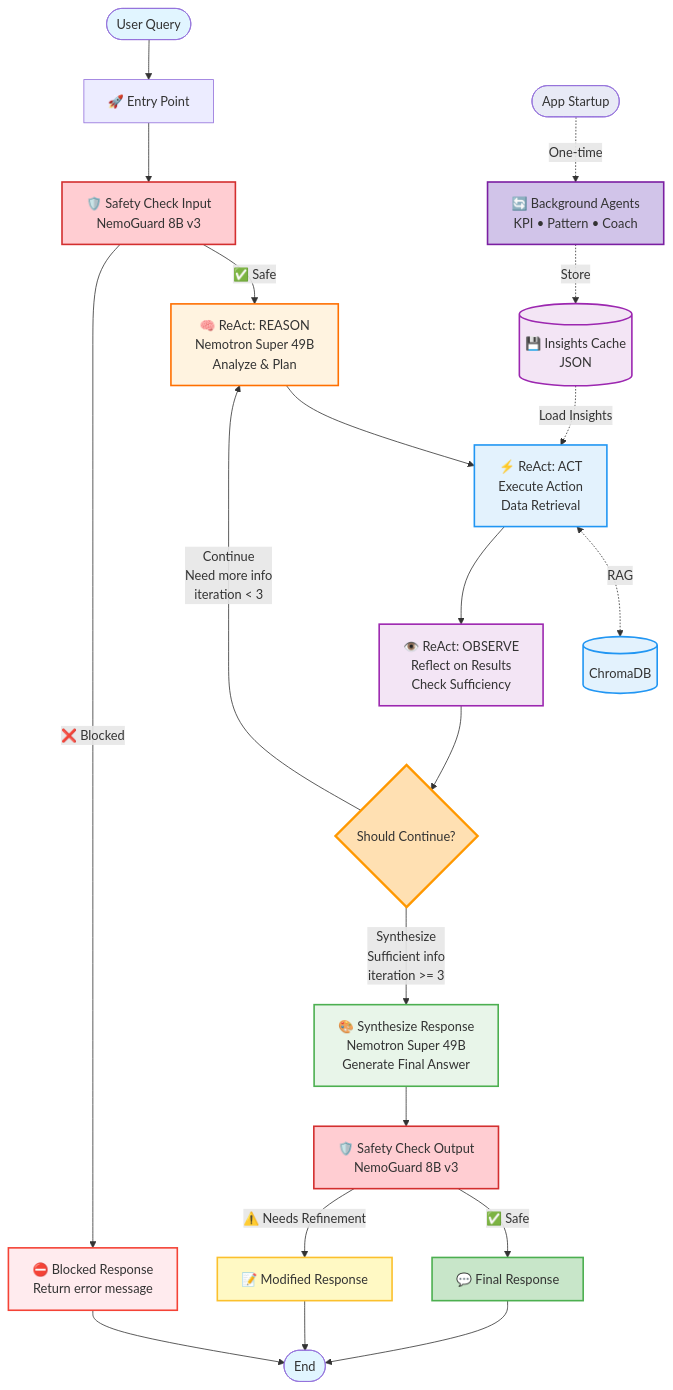
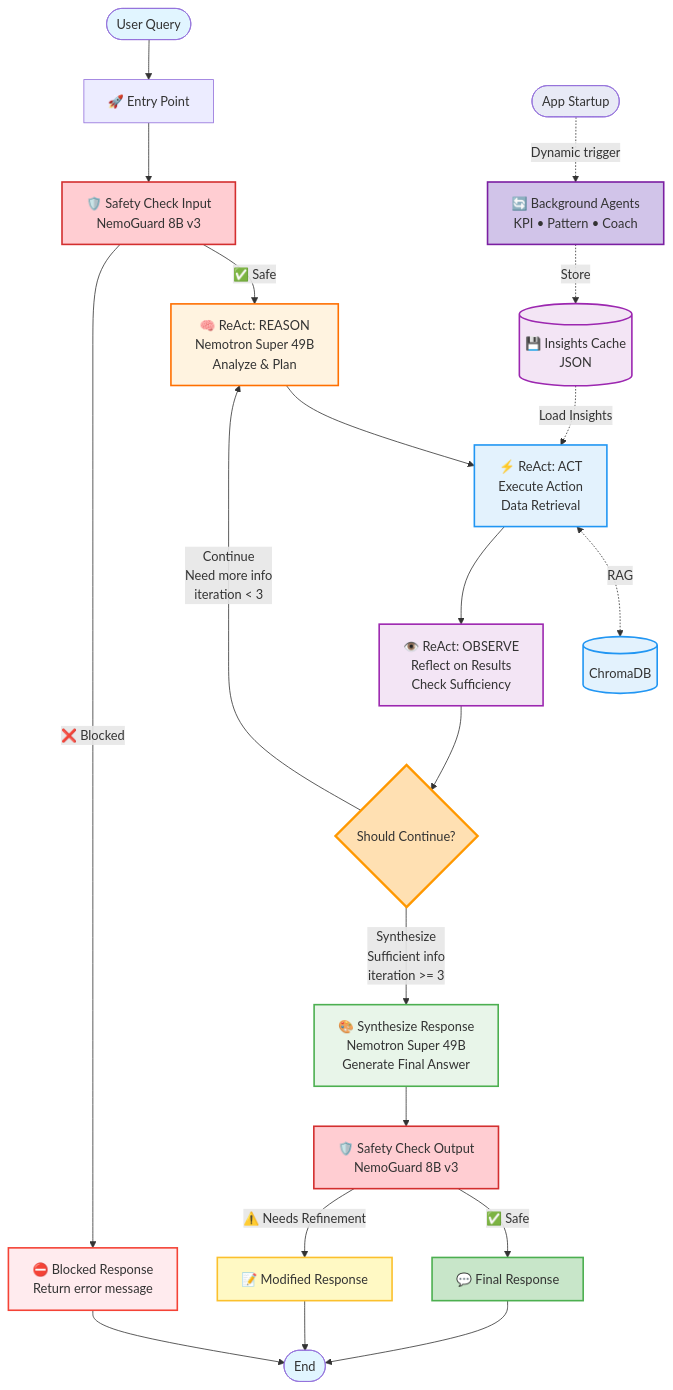
One commit to sumedhkhodke/hackathon-nvidia-gtc-25 changed the diagram in docs/langgraph-agent-diagram.md. Above: the diagram before and after it, drawn with Mermaid.

````diff
--- a/docs/langgraph-agent-diagram.md
+++ b/docs/langgraph-agent-diagram.md
@@ -8,54 +8,54 @@
 ```mermaid
 graph TD
     Start([User Query]) --> Entry[🚀 Entry Point]
     Entry --> SafetyIn[🛡️ Safety Check Input<br/>NemoGuard 8B v3]
     
     %% Background Agents (run at startup)
-    AppStart([App Startup]) -.->|One-time| BgAgents[🔄 Background Agents<br/>KPI • Pattern • Coach]
+    AppStart([App Startup]) -.->|Dynamic trigger| BgAgents[🔄 Background Agents<br/>KPI • Pattern • Coach]
     BgAgents -.->|Store| Cache[(💾 Insights Cache<br/>JSON)]
     
     %% Safety check branches
     SafetyIn -->|✅ Safe| ReActReason
     SafetyIn -->|❌ Blocked| BlockedResponse[⛔ Blocked Response<br/>Return error message]
     BlockedResponse --> End([End])
     
     %% ReAct Loop
     ReActReason[🧠 ReAct: REASON<br/>Nemotron Super 49B<br/>Analyze & Plan] --> ReActAct[⚡ ReAct: ACT<br/>Execute Action<br/>Data Retrieval]
     
     %% ACT node now retrieves both data and cached insights
     ReActAct <-.->|RAG| VectorDB[(ChromaDB)]
     Cache -.->|Load Insights| ReActAct
     
     ReActAct --> ReActObserve[👁️ ReAct: OBSERVE<br/>Reflect on Results<br/>Check Sufficiency]
     
     %% Conditional routing
     ReActObserve --> Decision{Should Continue?}
     Decision -->|Continue<br/>Need more info<br/>iteration < 3| ReActReason
     Decision -->|Synthesize<br/>Sufficient info<br/>iteration >= 3| Synthesize[🎨 Synthesize Response<br/>Nemotron Super 49B<br/>Generate Final Answer]
     
     %% Output safety check
     Synthesize --> SafetyOut[🛡️ Safety Check Output<br/>NemoGuard 8B v3]
     SafetyOut -->|✅ Safe| FinalResponse[💬 Final Response]
     SafetyOut -->|⚠️ Needs Refinement| ModifiedResponse[📝 Modified Response]
     
     FinalResponse --> End
     ModifiedResponse --> End
     
     %% Styling
     style Start fill:#e1f5ff
     style End fill:#e1f5ff
     style AppStart fill:#e8eaf6
     style BgAgents fill:#d1c4e9,stroke:#7b1fa2,stroke-width:2px
     style Cache fill:#f3e5f5,stroke:#9c27b0,stroke-width:2px
     style VectorDB fill:#e3f2fd,stroke:#2196f3,stroke-width:2px
     style SafetyIn fill:#ffcdd2,stroke:#d32f2f,stroke-width:2px
     style SafetyOut fill:#ffcdd2,stroke:#d32f2f,stroke-width:2px
     style ReActReason fill:#fff3e0,stroke:#ff6f00,stroke-width:2px
     style ReActAct fill:#e3f2fd,stroke:#2196f3,stroke-width:2px
     style ReActObserve fill:#f3e5f5,stroke:#9c27b0,stroke-width:2px
     style Decision fill:#ffe0b2,stroke:#ff9800,stroke-width:3px
     style Synthesize fill:#e8f5e9,stroke:#4caf50,stroke-width:2px
     style BlockedResponse fill:#ffebee,stroke:#f44336,stroke-width:2px
     style FinalResponse fill:#c8e6c9,stroke:#4caf50,stroke-width:2px
     style ModifiedResponse fill:#fff9c4,stroke:#fbc02d,stroke-width:2px
 ```
````
